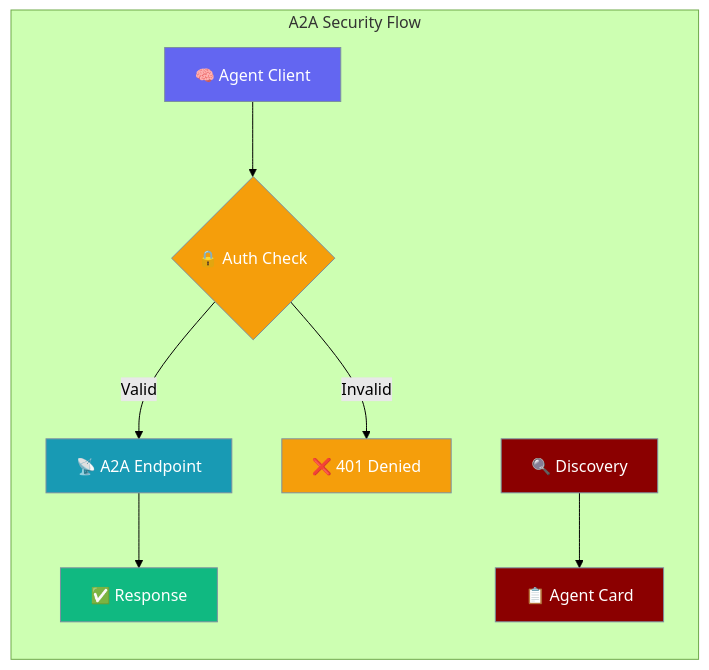
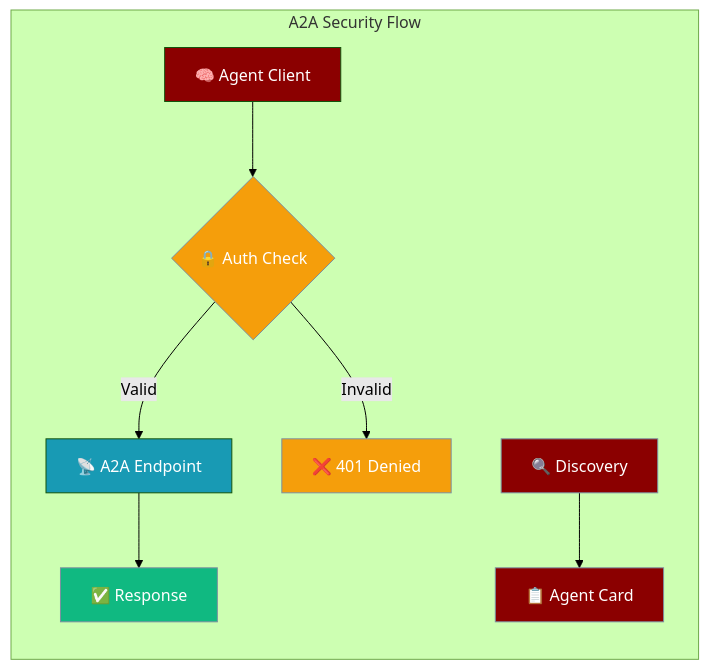
One commit to MervinPraison/PraisonAIDocs changed the first of 2 diagrams in docs/features/a2a-security.mdx. Above: the diagram before and after it, drawn with Mermaid (forest theme). The commit also changed 13 other files, not shown here.

````diff
--- a/docs/features/a2a-security.mdx
+++ b/docs/features/a2a-security.mdx
@@ -10,22 +10,24 @@
 ```mermaid
 graph LR
     subgraph "A2A Security Flow"
         Client[🧠 Agent Client] --> Auth{🔒 Auth Check}
         Auth -->|Valid| A2A[📡 A2A Endpoint]
         Auth -->|Invalid| Deny[❌ 401 Denied]
         A2A --> Response[✅ Response]
         Discovery[🔍 Discovery] --> Card[📋 Agent Card]
     end
     
     classDef client fill:#6366F1,stroke:#7C90A0,color:#fff
     classDef auth fill:#F59E0B,stroke:#7C90A0,color:#fff
     classDef endpoint fill:#189AB4,stroke:#7C90A0,color:#fff
     classDef response fill:#10B981,stroke:#7C90A0,color:#fff
     classDef discovery fill:#8B0000,stroke:#7C90A0,color:#fff
+    classDef agent fill:#8B0000,color:#fff
+    classDef tool fill:#189AB4,color:#fff
     
-    class Client client
+    class Client agent
+    class A2A tool
     class Auth,Deny auth
-    class A2A endpoint
     class Response response
     class Discovery,Card discovery
 ```
````
